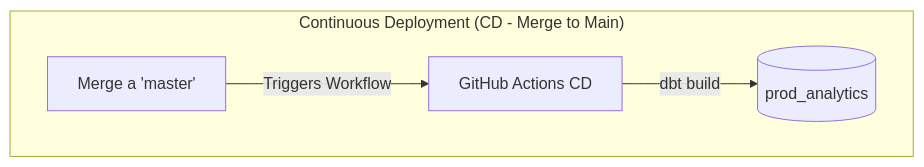
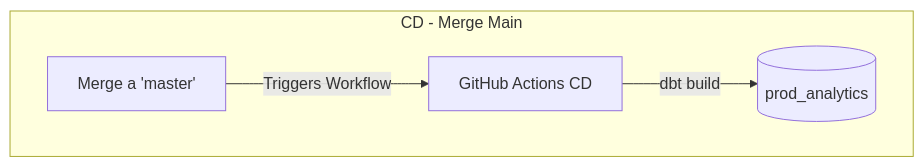
The fourth of 4 diagrams in README.md (oelasmar/github-events-analytics), drawn with Mermaid before and after one commit. The commit also changed other lines of this file, not shown here.

````diff
--- a/README.md
+++ b/README.md
@@ -59,8 +59,8 @@
 ```mermaid
 graph TD
 
-    subgraph "Continuous Deployment (CD - Merge to Main)"
+    subgraph "CD - Merge Main"
         MERGE[Merge a 'master'] -->|Triggers Workflow| CD_ACTION[GitHub Actions CD]
         CD_ACTION -->|dbt build| PROD_DB[(prod_analytics)]
     end
 ```
````
